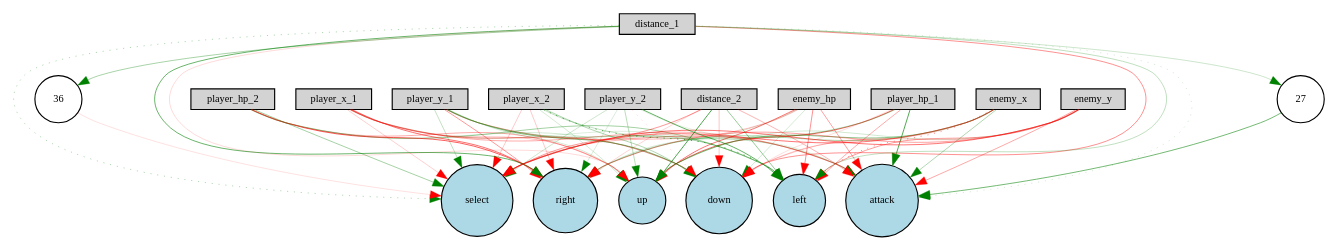
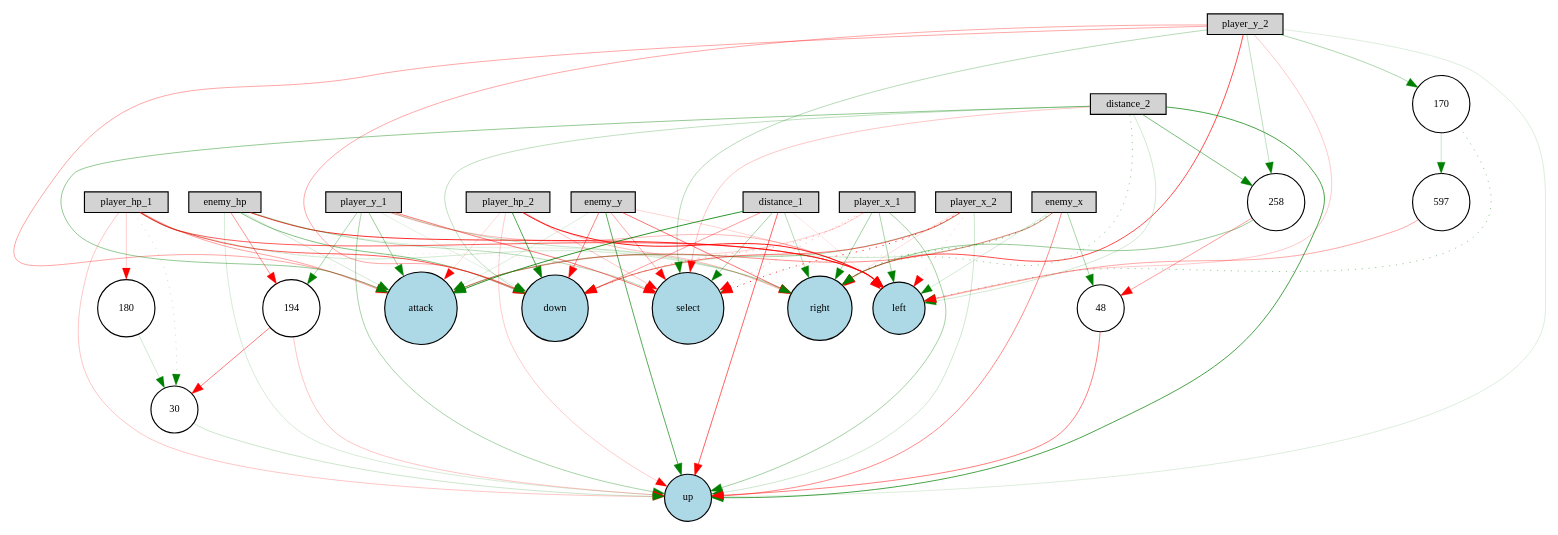
One commit to zxcvbnmditto/StarCraft2-Happy-Kitting changed the diagram in neat/Digraph.gv. Above: the diagram before and after it, drawn with Graphviz. The commit also changed 56 other files, not shown here.

```diff
--- a/neat/Digraph.gv
+++ b/neat/Digraph.gv
@@ -1,91 +1,111 @@
 digraph {
 	node [fontsize=9 height=0.2 shape=circle width=0.2]
 	enemy_hp [fillcolor=lightgray shape=box style=filled]
 	player_hp_1 [fillcolor=lightgray shape=box style=filled]
 	player_hp_2 [fillcolor=lightgray shape=box style=filled]
 	enemy_x [fillcolor=lightgray shape=box style=filled]
 	enemy_y [fillcolor=lightgray shape=box style=filled]
 	player_x_1 [fillcolor=lightgray shape=box style=filled]
 	player_y_1 [fillcolor=lightgray shape=box style=filled]
 	player_x_2 [fillcolor=lightgray shape=box style=filled]
 	player_y_2 [fillcolor=lightgray shape=box style=filled]
 	distance_1 [fillcolor=lightgray shape=box style=filled]
 	distance_2 [fillcolor=lightgray shape=box style=filled]
 	attack [fillcolor=lightblue style=filled]
 	up [fillcolor=lightblue style=filled]
 	down [fillcolor=lightblue style=filled]
 	left [fillcolor=lightblue style=filled]
 	right [fillcolor=lightblue style=filled]
 	select [fillcolor=lightblue style=filled]
-	36 [fillcolor=white style=filled]
-	27 [fillcolor=white style=filled]
-	enemy_x -> select [color=red penwidth=0.4734725662106002 style=solid]
-	player_hp_1 -> down [color=red penwidth=0.11835437704735594 style=solid]
-	distance_1 -> down [color=red penwidth=0.38243331952148185 style=solid]
-	enemy_hp -> attack [color=red penwidth=0.3273161835592103 style=solid]
-	player_y_1 -> right [color=red penwidth=0.3478506626704481 style=solid]
-	distance_1 -> 27 [color=green penwidth=0.17559822762684152 style=solid]
-	distance_2 -> up [color=green penwidth=0.6065796366103047 style=solid]
-	enemy_y -> select [color=red penwidth=0.47316024335445594 style=solid]
-	player_x_1 -> left [color=green penwidth=0.1192796792060378 style=solid]
-	enemy_hp -> right [color=green penwidth=0.1377749162424104 style=solid]
-	player_y_2 -> down [color=red penwidth=0.15099819494855765 style=dotted]
-	enemy_x -> down [color=red penwidth=0.18210612259503456 style=solid]
-	player_y_1 -> attack [color=red penwidth=0.35446697272003136 style=solid]
-	distance_2 -> select [color=red penwidth=0.3593730612173236 style=solid]
-	player_hp_1 -> select [color=green penwidth=0.14867980036857342 style=solid]
-	player_hp_2 -> left [color=green penwidth=0.31520262900056795 style=solid]
-	player_x_2 -> up [color=green penwidth=0.1467737675617671 style=solid]
-	player_x_2 -> right [color=red penwidth=0.19232759624503654 style=solid]
-	player_hp_1 -> attack [color=green penwidth=0.5909780790733303 style=solid]
-	distance_1 -> left [color=green penwidth=0.21609581829930594 style=solid]
-	player_hp_1 -> left [color=red penwidth=0.28733718877312864 style=solid]
-	enemy_hp -> up [color=red penwidth=0.4947619422448196 style=solid]
-	enemy_y -> up [color=green penwidth=0.16117983084986287 style=solid]
-	distance_2 -> attack [color=red penwidth=0.2635249062695104 style=solid]
-	player_y_2 -> left [color=green penwidth=0.5301479092453258 style=solid]
-	player_x_1 -> attack [color=red penwidth=0.2922451708352138 style=solid]
-	enemy_x -> left [color=red penwidth=0.3749475747841644 style=dotted]
-	enemy_y -> left [color=red penwidth=0.3392847187393663 style=solid]
-	distance_1 -> right [color=green penwidth=0.5098163850890375 style=solid]
-	distance_2 -> right [color=red penwidth=0.1497261906424841 style=solid]
-	enemy_y -> right [color=red penwidth=0.3237652523004493 style=solid]
-	player_x_1 -> right [color=red penwidth=0.49786329135776086 style=solid]
-	player_y_2 -> up [color=green penwidth=0.23522544414144586 style=solid]
-	player_hp_2 -> down [color=green penwidth=0.1528116191208268 style=solid]
-	player_y_1 -> left [color=green penwidth=0.2852108466283426 style=solid]
-	distance_1 -> attack [color=green penwidth=0.15227974053975646 style=dotted]
-	player_x_2 -> down [color=green penwidth=0.27112172317611793 style=solid]
-	enemy_y -> attack [color=red penwidth=0.3020151918213413 style=solid]
-	27 -> attack [color=green penwidth=0.48419688321800125 style=solid]
-	player_y_2 -> select [color=green penwidth=0.17573079625539872 style=solid]
-	player_x_1 -> up [color=red penwidth=0.22531042929704395 style=solid]
-	player_x_2 -> select [color=red penwidth=0.1942139643067293 style=solid]
-	enemy_hp -> down [color=green penwidth=0.15001945460116914 style=solid]
-	player_hp_1 -> up [color=red penwidth=0.5164051398090452 style=solid]
-	distance_1 -> select [color=green penwidth=0.2705471592417821 style=dotted]
-	distance_2 -> left [color=green penwidth=0.35907983458063597 style=solid]
-	player_hp_2 -> up [color=red penwidth=0.29256659541057217 style=solid]
-	player_x_1 -> select [color=red penwidth=0.17106009863807817 style=solid]
-	player_y_2 -> attack [color=green penwidth=0.10123227776533711 style=solid]
-	enemy_x -> attack [color=green penwidth=0.2696635033561612 style=solid]
-	player_y_1 -> down [color=green penwidth=0.42684084016054114 style=solid]
-	distance_1 -> up [color=red penwidth=0.13438679607544113 style=solid]
-	player_hp_2 -> select [color=green penwidth=0.3139625447455417 style=solid]
-	player_y_2 -> right [color=green penwidth=0.13266055324602474 style=solid]
-	enemy_hp -> select [color=red penwidth=0.23908065904882073 style=solid]
-	enemy_x -> right [color=green penwidth=0.28056100338890333 style=solid]
-	distance_1 -> 36 [color=green penwidth=0.30000000000000004 style=solid]
-	enemy_hp -> left [color=red penwidth=0.38258630885990774 style=solid]
-	player_y_1 -> select [color=green penwidth=0.21298290368660894 style=solid]
-	distance_2 -> down [color=red penwidth=0.198060684851587 style=solid]
-	player_x_2 -> left [color=green penwidth=0.5970344290089238 style=dotted]
-	player_x_1 -> down [color=red penwidth=0.4122093407597045 style=solid]
-	36 -> select [color=red penwidth=0.10926285344403078 style=solid]
-	enemy_x -> up [color=green penwidth=0.4061229294784914 style=solid]
-	player_y_1 -> up [color=green penwidth=0.13641950575084477 style=solid]
-	player_hp_1 -> right [color=green penwidth=0.16670075867098394 style=solid]
-	player_hp_2 -> right [color=red penwidth=0.5581799304079762 style=solid]
-	player_x_2 -> attack [color=green penwidth=0.21184474816647914 style=solid]
-	enemy_y -> down [color=red penwidth=0.17770253488501825 style=solid]
+	194 [fillcolor=white style=filled]
+	258 [fillcolor=white style=filled]
+	170 [fillcolor=white style=filled]
+	48 [fillcolor=white style=filled]
+	180 [fillcolor=white style=filled]
+	597 [fillcolor=white style=filled]
+	30 [fillcolor=white style=filled]
+	enemy_x -> select [color=green penwidth=0.16272774216005803 style=dotted]
+	enemy_hp -> down [color=green penwidth=0.41790743998199065 style=solid]
+	distance_1 -> down [color=red penwidth=0.3371830620421148 style=solid]
+	enemy_hp -> attack [color=green penwidth=0.14728389552819515 style=solid]
+	player_y_1 -> right [color=green penwidth=0.20629115047918029 style=solid]
+	distance_2 -> up [color=green penwidth=0.6332537651131044 style=solid]
+	enemy_hp -> 194 [color=red penwidth=0.3744884492476276 style=solid]
+	player_x_1 -> left [color=green penwidth=0.30489195578844264 style=solid]
+	player_hp_1 -> right [color=green penwidth=0.16391993883963912 style=solid]
+	player_y_2 -> down [color=red penwidth=0.2987164150093018 style=solid]
+	48 -> up [color=red penwidth=0.44499902700864025 style=solid]
+	enemy_x -> down [color=green penwidth=0.17284192502655665 style=solid]
+	player_y_1 -> attack [color=green penwidth=0.3547446984181428 style=solid]
+	distance_2 -> select [color=red penwidth=0.1954197916596268 style=solid]
+	player_hp_1 -> select [color=red penwidth=0.12361413803686042 style=dotted]
+	player_hp_2 -> left [color=red penwidth=0.7858758727158112 style=solid]
+	player_x_2 -> up [color=green penwidth=0.170850043257556 style=solid]
+	player_x_1 -> down [color=red penwidth=0.3239498742090874 style=dotted]
+	player_hp_1 -> attack [color=red penwidth=0.3231037213921166 style=solid]
+	distance_1 -> left [color=red penwidth=0.10297622110152649 style=solid]
+	258 -> 48 [color=red penwidth=0.3440713879718882 style=solid]
+	player_hp_1 -> up [color=red penwidth=0.19653893997273442 style=solid]
+	enemy_y -> up [color=green penwidth=0.5720026271908066 style=solid]
+	player_y_2 -> 170 [color=green penwidth=0.2842372814229579 style=solid]
+	distance_2 -> attack [color=green penwidth=0.37141177978078577 style=solid]
+	player_x_1 -> attack [color=red penwidth=0.16976967610887816 style=solid]
+	player_y_2 -> 258 [color=green penwidth=0.21692667396204768 style=solid]
+	enemy_x -> left [color=green penwidth=0.14733918380229588 style=solid]
+	597 -> left [color=red penwidth=0.3022189678195921 style=solid]
+	distance_1 -> right [color=green penwidth=0.2454462572951864 style=solid]
+	distance_2 -> right [color=green penwidth=0.3646150935986945 style=dotted]
+	player_hp_2 -> down [color=green penwidth=0.6071123216840029 style=solid]
+	player_x_1 -> right [color=green penwidth=0.318947650505743 style=solid]
+	player_y_2 -> up [color=green penwidth=0.11526987875136208 style=solid]
+	enemy_y -> right [color=red penwidth=0.4873906233718557 style=solid]
+	player_y_1 -> left [color=red penwidth=0.24599783885620513 style=solid]
+	170 -> left [color=green penwidth=0.3553178181412209 style=dotted]
+	distance_1 -> attack [color=green penwidth=0.7301388772630842 style=solid]
+	player_x_2 -> down [color=red penwidth=0.4676031079872376 style=solid]
+	enemy_y -> attack [color=green penwidth=0.11982010611162022 style=solid]
+	enemy_y -> down [color=red penwidth=0.4317152356036874 style=solid]
+	30 -> up [color=green penwidth=0.17583642161428178 style=solid]
+	player_y_2 -> select [color=green penwidth=0.2488130096131886 style=solid]
+	player_x_1 -> up [color=green penwidth=0.3155789137404945 style=solid]
+	enemy_x -> 48 [color=green penwidth=0.30363719395190514 style=solid]
+	player_x_2 -> select [color=red penwidth=0.6967992118078541 style=dotted]
+	player_hp_2 -> select [color=red penwidth=0.21247566169651091 style=solid]
+	player_hp_1 -> down [color=red penwidth=0.5683013915020124 style=solid]
+	enemy_y -> select [color=red penwidth=0.2987912268920808 style=solid]
+	enemy_hp -> up [color=green penwidth=0.13571393917420427 style=solid]
+	distance_1 -> select [color=green penwidth=0.3083467607684914 style=solid]
+	180 -> 30 [color=green penwidth=0.1643538334221169 style=solid]
+	player_y_1 -> 194 [color=green penwidth=0.28511773754871345 style=solid]
+	player_hp_2 -> up [color=red penwidth=0.181389958188947 style=solid]
+	player_x_1 -> select [color=red penwidth=0.2630378959197993 style=dotted]
+	player_y_2 -> attack [color=red penwidth=0.31320482580490405 style=solid]
+	194 -> up [color=red penwidth=0.2022169761924272 style=solid]
+	enemy_x -> attack [color=red penwidth=0.38984633632583265 style=solid]
+	player_y_1 -> down [color=green penwidth=0.10049019852549329 style=solid]
+	distance_2 -> 258 [color=green penwidth=0.4541735543193016 style=solid]
+	distance_1 -> up [color=red penwidth=0.542468077180086 style=solid]
+	distance_2 -> left [color=green penwidth=0.1607078003097001 style=solid]
+	enemy_y -> left [color=red penwidth=0.1471164338942819 style=solid]
+	player_y_2 -> right [color=red penwidth=0.6139733405463593 style=solid]
+	enemy_hp -> select [color=green penwidth=0.25341107247432937 style=solid]
+	enemy_x -> right [color=green penwidth=0.49477601080193667 style=dotted]
+	player_hp_1 -> 180 [color=red penwidth=0.1750844610894503 style=solid]
+	player_hp_1 -> left [color=red penwidth=0.5640190486882372 style=solid]
+	player_y_1 -> select [color=red penwidth=0.4740563416882504 style=solid]
+	player_hp_1 -> 30 [color=green penwidth=0.18494178716614992 style=dotted]
+	194 -> 30 [color=red penwidth=0.44631811096954876 style=solid]
+	distance_2 -> down [color=green penwidth=0.21644263492299792 style=solid]
+	player_x_2 -> left [color=red penwidth=0.185938189826147 style=dotted]
+	player_hp_2 -> attack [color=red penwidth=0.13033211017347796 style=solid]
+	player_x_2 -> right [color=red penwidth=0.12263196990175824 style=solid]
+	player_y_2 -> left [color=red penwidth=0.1903657330881528 style=solid]
+	170 -> 597 [color=green penwidth=0.18470046409791774 style=solid]
+	enemy_x -> up [color=red penwidth=0.4040545110069367 style=solid]
+	player_y_1 -> up [color=green penwidth=0.3041419178027498 style=solid]
+	enemy_hp -> right [color=green penwidth=0.10129120156674129 style=solid]
+	player_hp_2 -> right [color=red penwidth=0.236788908653327 style=solid]
+	player_x_2 -> attack [color=green penwidth=0.28238216917389664 style=solid]
+	258 -> right [color=green penwidth=0.3593670380843159 style=solid]
+	enemy_hp -> left [color=red penwidth=0.7198240845240728 style=solid]
 }
```
